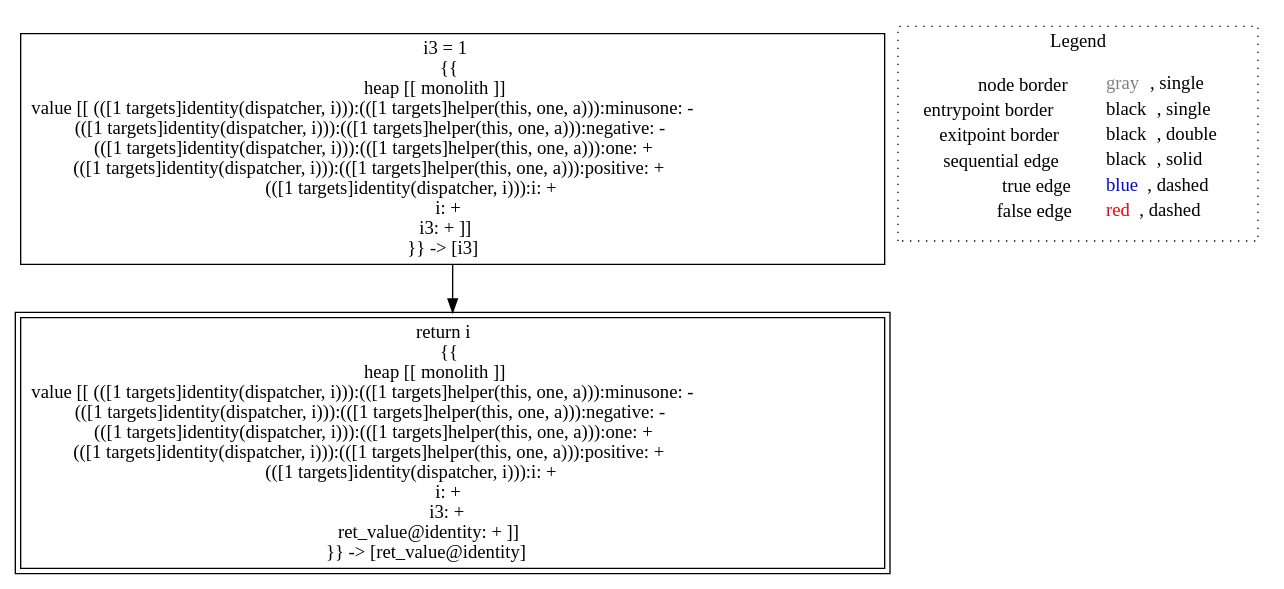
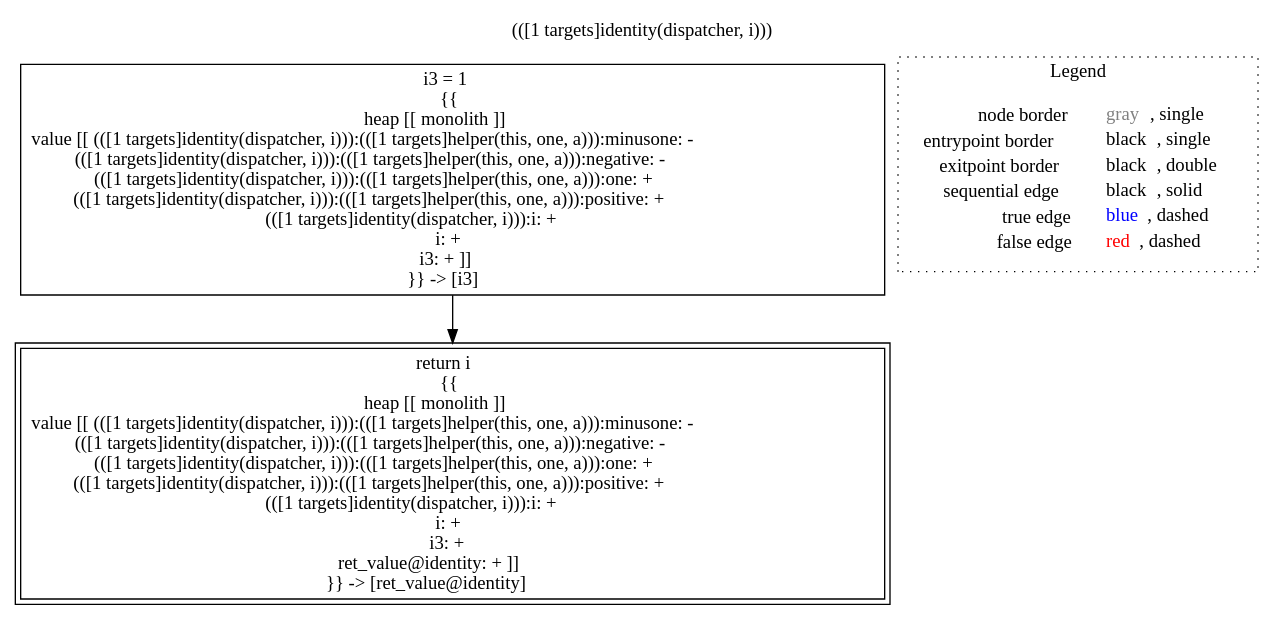
One commit to lisa-analyzer/lisa changed the diagram in lisa/imp-testcases/interprocedural/RTAContextSensitive2/analysis___-719096480_untyped_A.identity(A_this,_untyped_i).dot. Above: the diagram before and after it, drawn with Graphviz. The commit also changed 12 other files, not shown here.

```diff
--- a/lisa/imp-testcases/interprocedural/RTAContextSensitive2/analysis___-719096480_untyped_A.identity(A_this,_untyped_i).dot
+++ b/lisa/imp-testcases/interprocedural/RTAContextSensitive2/analysis___-719096480_untyped_A.identity(A_this,_untyped_i).dot
@@ -1,12 +1,14 @@
 digraph {
+	labelloc="t";
+	label="(([1 targets]identity(dispatcher, i)))";
 	"node0" [shape="rect",color="black",label=<i3 = 1<BR/>{{<BR/>heap [[ monolith ]]<BR/>value [[ (([1 targets]identity(dispatcher, i))):(([1 targets]helper(this, one, a))):minusone: -<BR/>(([1 targets]identity(dispatcher, i))):(([1 targets]helper(this, one, a))):negative: -<BR/>(([1 targets]identity(dispatcher, i))):(([1 targets]helper(this, one, a))):one: +<BR/>(([1 targets]identity(dispatcher, i))):(([1 targets]helper(this, one, a))):positive: +<BR/>(([1 targets]identity(dispatcher, i))):i: +<BR/>i: +<BR/>i3: + ]]<BR/>}} -&gt; [i3]>];
 	"node1" [shape="rect",color="black",peripheries="2",label=<return i<BR/>{{<BR/>heap [[ monolith ]]<BR/>value [[ (([1 targets]identity(dispatcher, i))):(([1 targets]helper(this, one, a))):minusone: -<BR/>(([1 targets]identity(dispatcher, i))):(([1 targets]helper(this, one, a))):negative: -<BR/>(([1 targets]identity(dispatcher, i))):(([1 targets]helper(this, one, a))):one: +<BR/>(([1 targets]identity(dispatcher, i))):(([1 targets]helper(this, one, a))):positive: +<BR/>(([1 targets]identity(dispatcher, i))):i: +<BR/>i: +<BR/>i3: +<BR/>ret_value@identity: + ]]<BR/>}} -&gt; [ret_value@identity]>];
 	"node0" -> "node1" [color="black"];
 subgraph cluster_legend {
 	label="Legend";
 	style=dotted;
 	node [shape=plaintext];
 	"legend" [label=<<table border="0" cellpadding="2" cellspacing="0" cellborder="0"><tr><td align="right">node border&nbsp;</td><td align="left"><font color="gray">gray</font>, single</td></tr><tr><td align="right">entrypoint border&nbsp;</td><td align="left"><font color="black">black</font>, single</td></tr><tr><td align="right">exitpoint border&nbsp;</td><td align="left"><font color="black">black</font>, double</td></tr><tr><td align="right">sequential edge&nbsp;</td><td align="left"><font color="black">black</font>, solid</td></tr><tr><td align="right">true edge&nbsp;</td><td align="left"><font color="blue">blue</font>, dashed</td></tr><tr><td align="right">false edge&nbsp;</td><td align="left"><font color="red">red</font>, dashed</td></tr></table>>];
 }
 
 }
```
